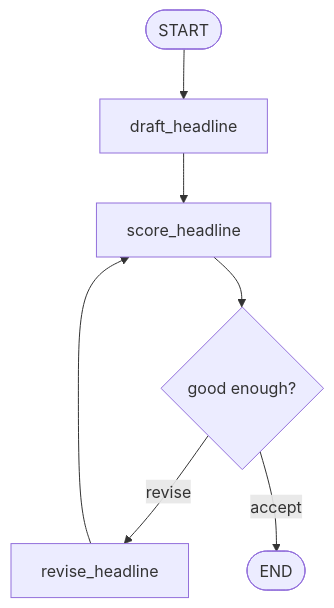
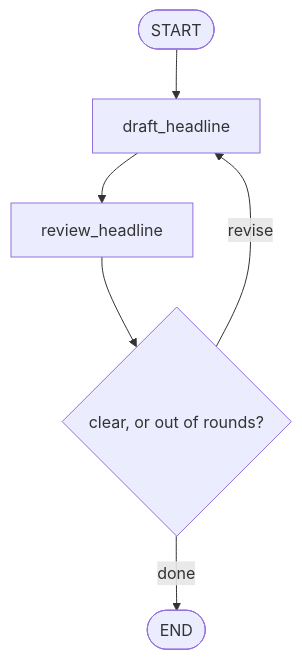
One commit to Walid-Ahmed/langgraph-tutorials changed diagram 17 of 21 in Exercise-Solutions/README.md. Above: the diagram before and after it, drawn with Mermaid. The commit also changed other lines of this file and 11 other files, not shown here.

````diff
--- a/Exercise-Solutions/README.md
+++ b/Exercise-Solutions/README.md
@@ -235,7 +236,7 @@
 ```mermaid
 flowchart TD
-    START([START]) --> DRAFT["draft_headline"] --> SCORE["score_headline"]
-    SCORE --> ROUTE{"good enough?"}
-    ROUTE -->|revise| REVISE["revise_headline"] --> SCORE
-    ROUTE -->|accept| END([END])
+    START([START]) --> DRAFT["draft_headline"] --> REVIEW["review_headline"]
+    REVIEW --> ROUTE{"clear, or out of rounds?"}
+    ROUTE -->|revise| DRAFT
+    ROUTE -->|done| END([END])
 ```
````
